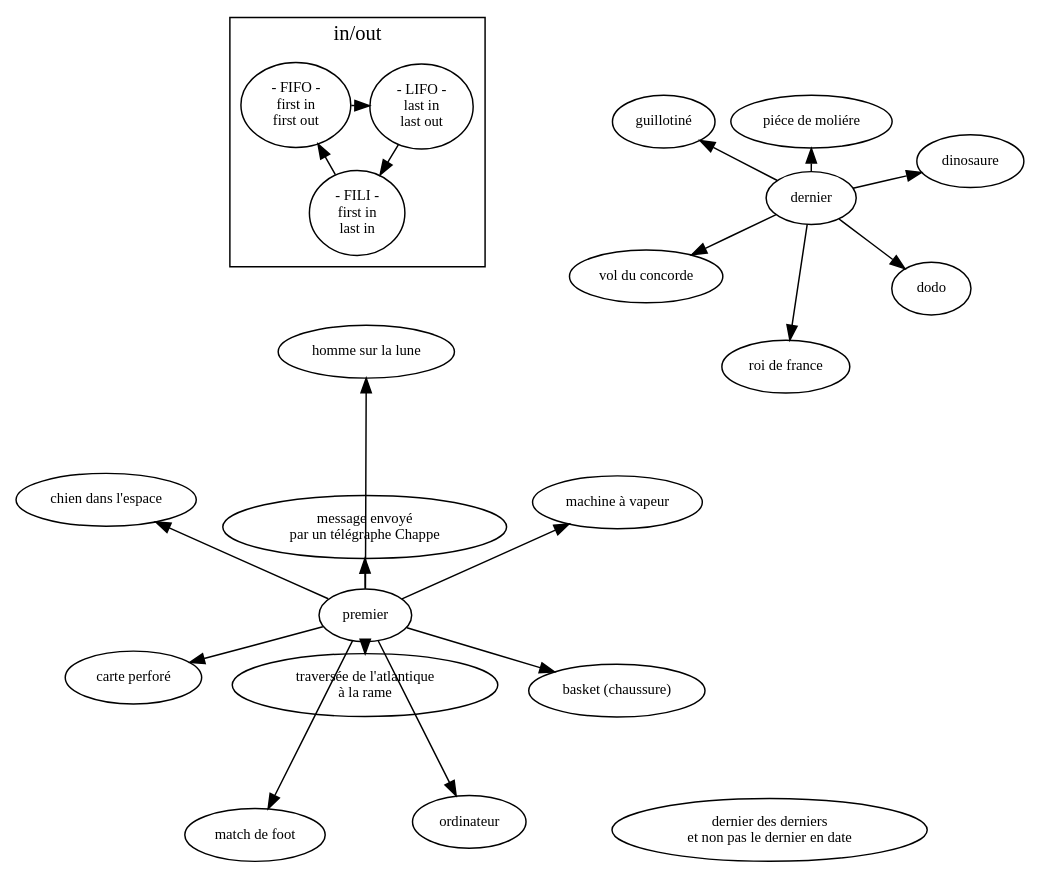
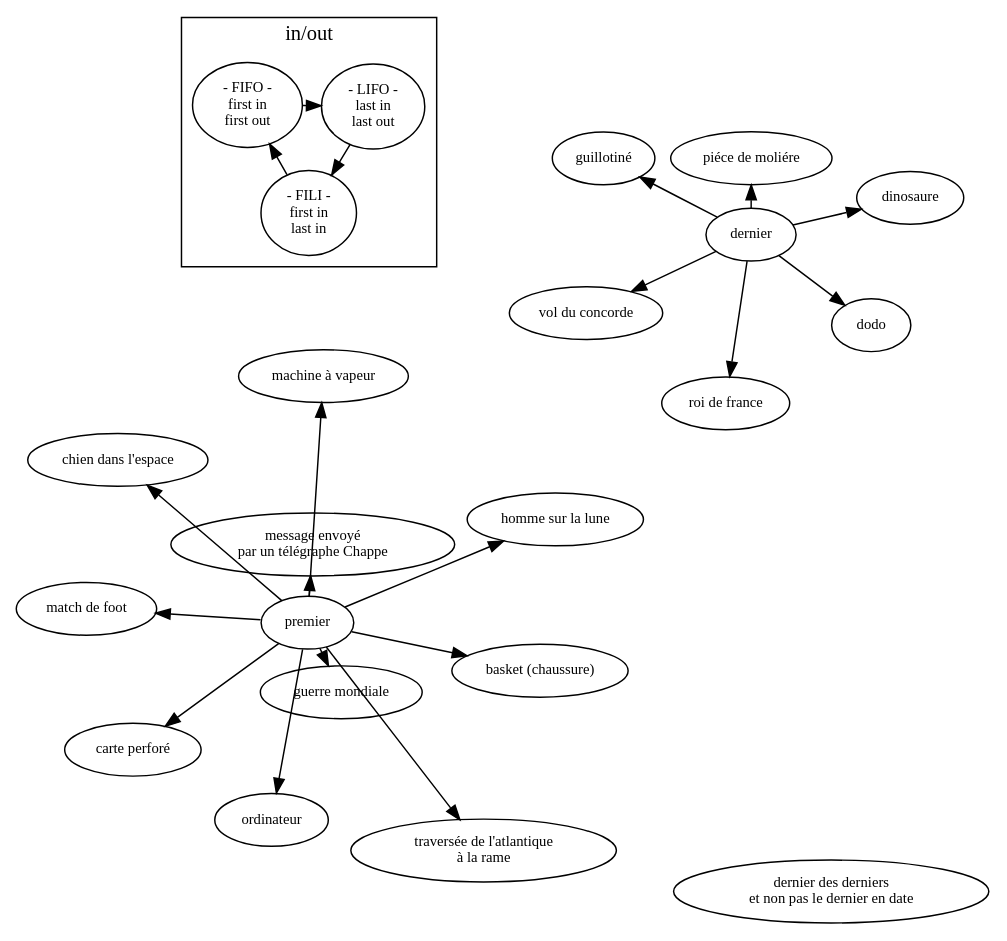
Before and after one commit to ensad-nancy/first-last: the diagram in sujet.dot, drawn with Graphviz.

Commit message:
+	first -> "guerre mondiale"

```diff
--- a/sujet.dot
+++ b/sujet.dot
@@ -1,47 +1,48 @@
 digraph {
 
 	layout= "fdp"
 	
 
 	fontname="myriadpro"
 	fontsize = 14
 	rankdir="LR"
 	
 	
 	node [fontname="myriadpro", fontsize = 10]
 	edge [fontname="monaco", fontsize = 9]
 	
 	first [label="premier"]
 	last [label="dernier"]
 	
 	"dernier des derniers\n et non pas le dernier en date" 
 
 	first -> "homme sur la lune"
 	first -> "ordinateur"
 	first -> "chien dans l'espace"
 	first -> "machine à vapeur"
 	first -> "message envoyé\npar un télégraphe Chappe"
 	first -> "carte perforé"
 	first -> "basket (chaussure)"
 	first -> "match de foot"
 	first -> "traversée de l'atlantique\nà la rame"
+	first -> "guerre mondiale"
 	
 	last -> dodo
 	last -> "roi de france"
 	last -> "guillotiné"
 	last -> "dinosaure"
 	last -> "piéce de moliére"
 	last -> "vol du concorde"
 
 	subgraph cluster_FO{
 	
 		label="in/out"
 		
 		FIFO [label="- FIFO -\nfirst in\nfirst out"]
 		LIFO [label="- LIFO -\nlast in\nlast out"]
 		FILI [label="- FILI -\nfirst in\n last in"]
 
 		FILI -> FIFO -> LIFO -> FILI
 	}
 	
 }
```
